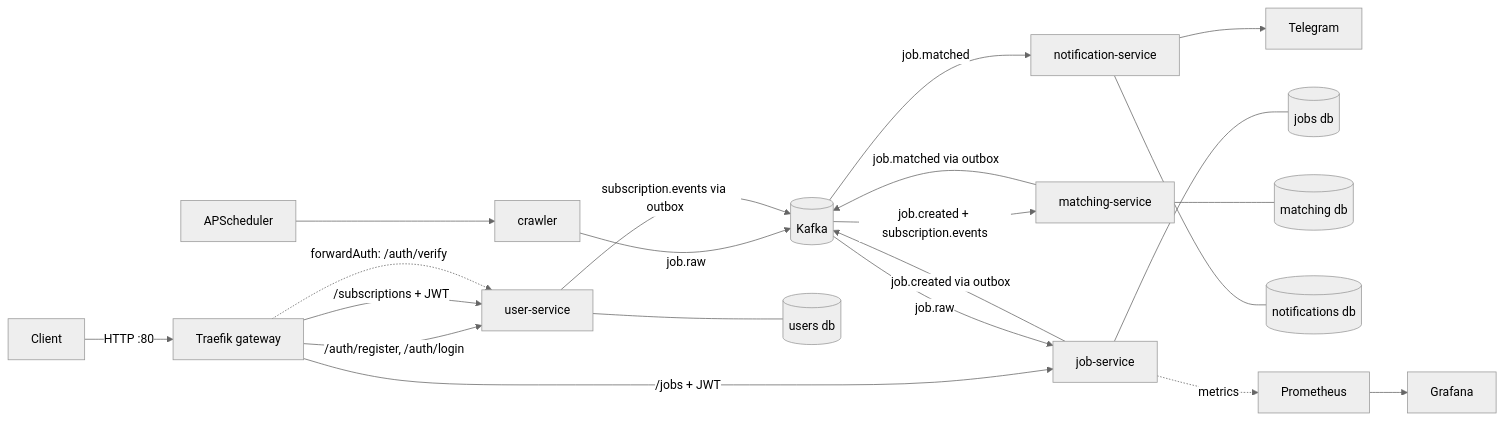
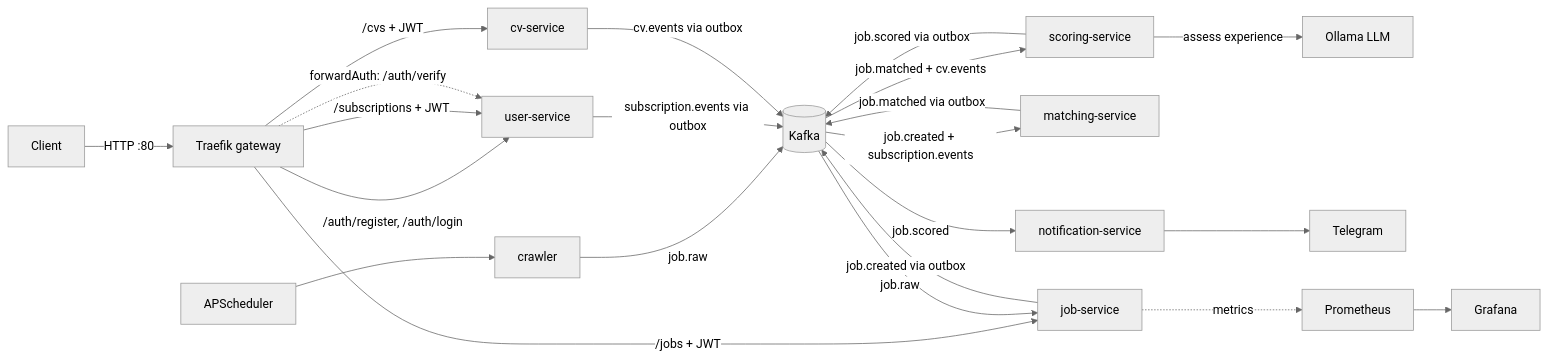
Before and after one commit to vandat2614/job-hunter: the diagram in README.md, drawn with Mermaid (neutral theme). The commit also changed other lines of this file and 3 other files, not shown here.

````diff
--- a/README.md
+++ b/README.md
@@ -9,24 +9,25 @@
 ```mermaid
 flowchart LR
     Client -->|HTTP :80| TR[Traefik gateway]
     TR -->|/auth/register, /auth/login| U[user-service]
     TR -->|/subscriptions + JWT| U
     TR -->|/jobs + JWT| J[job-service]
+    TR -->|/cvs + JWT| CV[cv-service]
     TR -.->|forwardAuth: /auth/verify| U
 
     S[APScheduler] --> C[crawler]
     C -->|job.raw| K[(Kafka)]
     K -->|job.raw| J
     J -->|job.created via outbox| K
     U -->|subscription.events via outbox| K
+    CV -->|cv.events via outbox| K
     K -->|job.created + subscription.events| M[matching-service]
     M -->|job.matched via outbox| K
-    K -->|job.matched| N[notification-service]
+    K -->|job.matched + cv.events| SC[scoring-service]
+    SC -->|assess experience| O[Ollama LLM]
+    SC -->|job.scored via outbox| K
+    K -->|job.scored| N[notification-service]
     N --> T[Telegram]
 
-    J --- PJ[(jobs db)]
-    U --- PU[(users db)]
-    M --- PM[(matching db)]
-    N --- PN[(notifications db)]
     J -.->|metrics| PR[Prometheus] --> G[Grafana]
 ```
````
